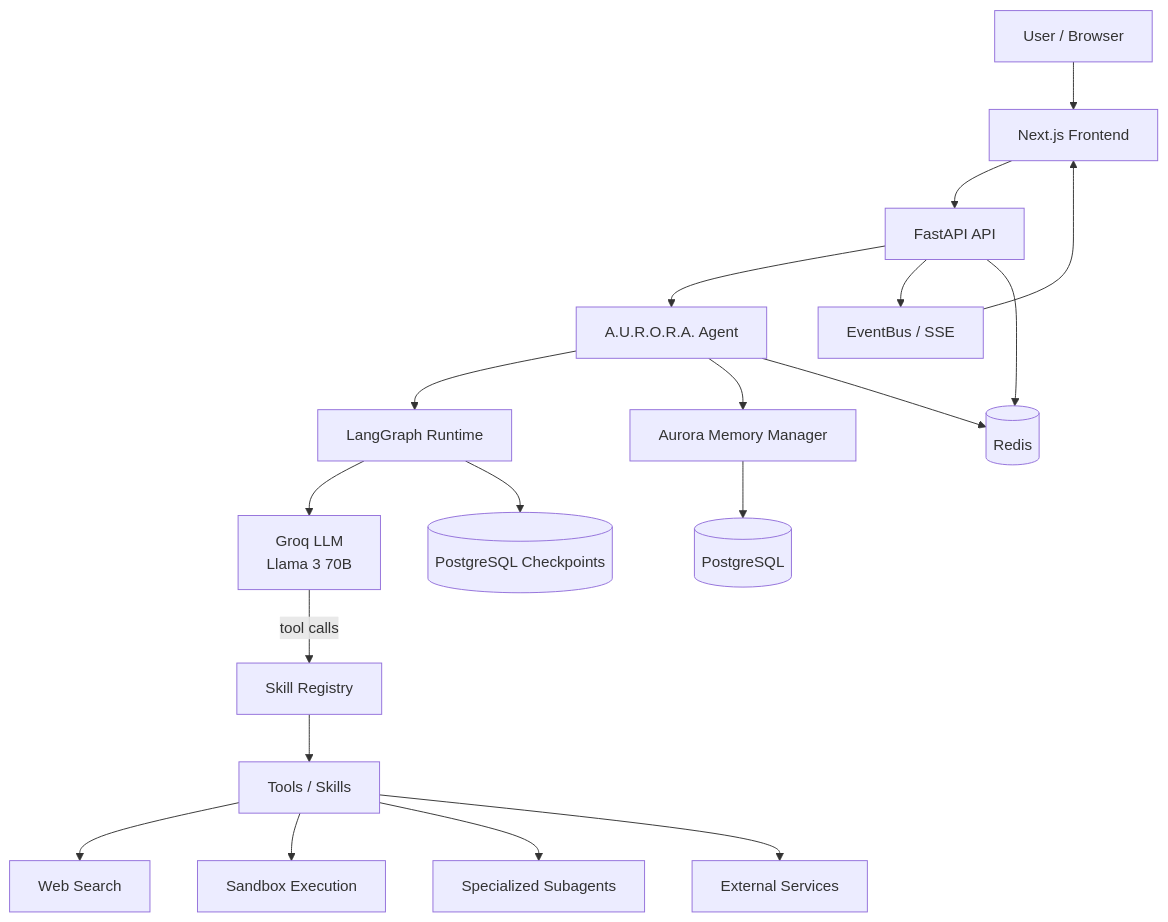
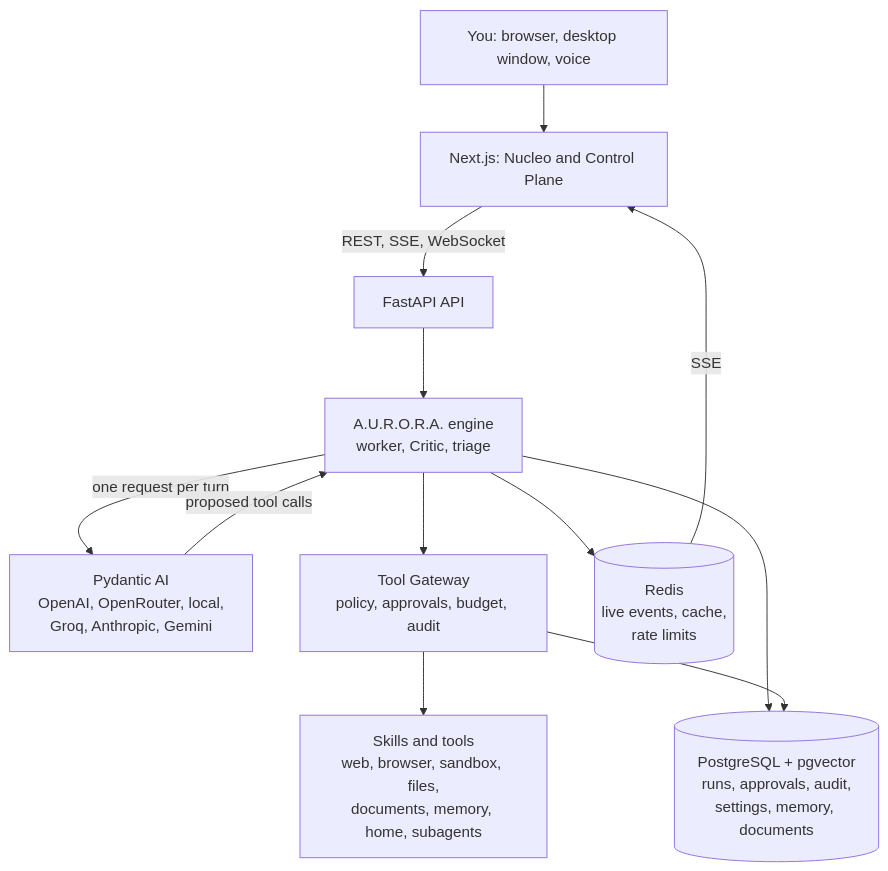
One commit to AeSoul0/-Hub changed the diagram in README.md. Above: the diagram before and after it, drawn with Mermaid. The commit also changed other lines of this file and 90 other files, not shown here.

````diff
--- a/README.md
+++ b/README.md
@@ -115,43 +31,24 @@
 ```mermaid
 flowchart TD
-    User[User / Browser]
-    Frontend[Next.js Frontend]
+    User[You: browser, desktop window, voice]
+    Frontend[Next.js: Nucleo and Control Plane]
     API[FastAPI API]
-    Agent[A.U.R.O.R.A. Agent]
-    Graph[LangGraph Runtime]
-    LLM[Groq LLM<br/>Llama 3 70B]
-    Registry[Skill Registry]
-    Tools[Tools / Skills]
-    Memory[Aurora Memory Manager]
-    Checkpoint[(PostgreSQL Checkpoints)]
-    DB[(PostgreSQL)]
-    Redis[(Redis)]
-    Search[Web Search]
-    Sandbox[Sandbox Execution]
-    Subagents[Specialized Subagents]
-    Events[EventBus / SSE]
-    External[External Services]
+    Engine[A.U.R.O.R.A. engine<br/>worker, Critic, triage]
+    Models[Pydantic AI<br/>OpenAI, OpenRouter, local,<br/>Groq, Anthropic, Gemini]
+    Gateway[Tool Gateway<br/>policy, approvals, budget, audit]
+    Tools[Skills and tools<br/>web, browser, sandbox, files,<br/>documents, memory, home, subagents]
+    DB[(PostgreSQL + pgvector<br/>runs, approvals, audit,<br/>settings, memory, documents)]
+    Bus[(Redis<br/>live events, cache,<br/>rate limits)]
 
     User --> Frontend
-    Frontend --> API
-    API --> Agent
-    Agent --> Graph
-    Graph --> LLM
-    LLM -->|tool calls| Registry
-    Registry --> Tools
-
-    Tools --> Search
-    Tools --> Sandbox
-    Tools --> Subagents
-    Tools --> External
-
-    Agent --> Memory
-    Memory --> DB
-    Graph --> Checkpoint
-
-    API --> Events
-    Events --> Frontend
-
-    API --> Redis
-    Agent --> Redis
+    Frontend -->|REST, SSE, WebSocket| API
+    API --> Engine
+    Engine -->|one request per turn| Models
+    Models -->|proposed tool calls| Engine
+    Engine --> Gateway
+    Gateway --> Tools
+    Engine --> DB
+    Gateway --> DB
+    Engine --> Bus
+    Bus -->|SSE| Frontend
 ```
````
